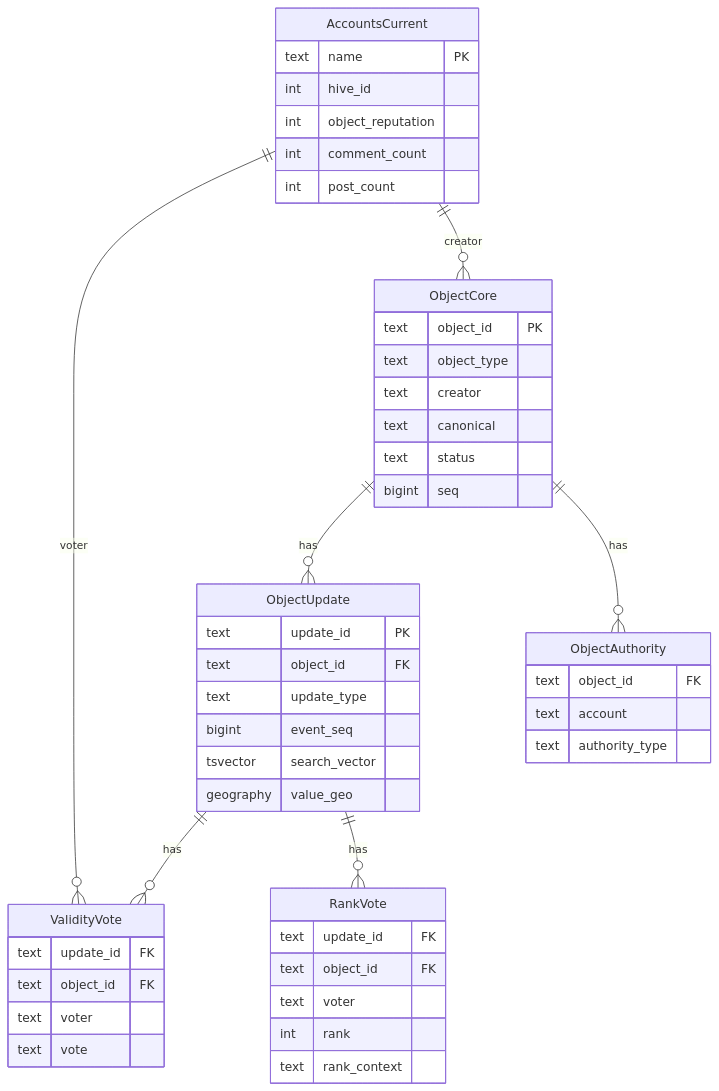
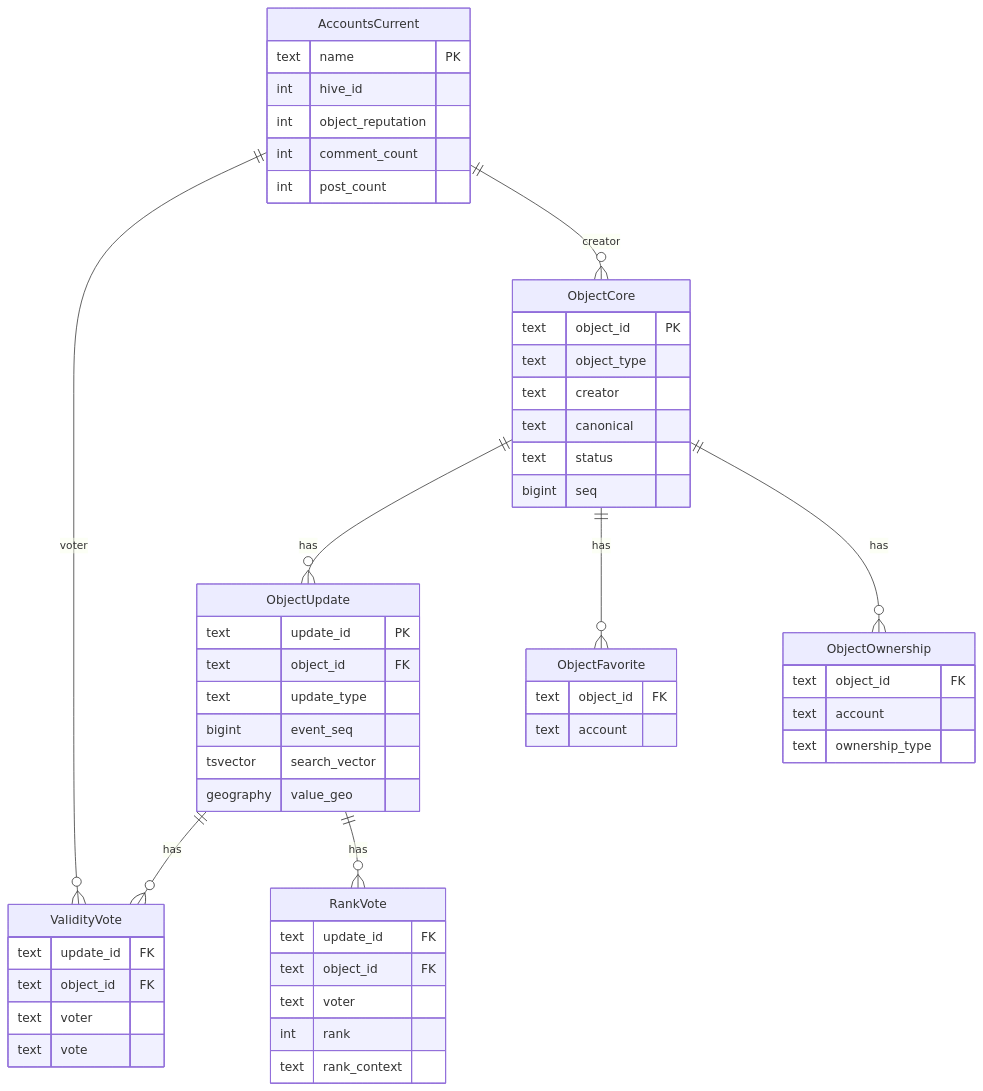
One commit to Fesmofet/open-data changed the first of 3 diagrams in docs/spec/data-model/flow.md. Above: the diagram before and after it, drawn with Mermaid. The commit also changed other lines of this file and 191 other files, not shown here.

Commit message:
refactor: Replace authority handling with favorite and ownership features; update related schemas, repositories, and event handling for improved object management

````diff
--- a/docs/spec/data-model/flow.md
+++ b/docs/spec/data-model/flow.md
@@ -52,57 +53,63 @@
 ```mermaid
 erDiagram
   ObjectCore ||--o{ ObjectUpdate : "has"
   ObjectUpdate ||--o{ ValidityVote : "has"
   ObjectUpdate ||--o{ RankVote : "has"
 
   ObjectCore {
     text object_id PK
     text object_type
     text creator
     text canonical
     text status
     bigint seq
   }
 
   ObjectUpdate {
     text update_id PK
     text object_id FK
     text update_type
     bigint event_seq
     tsvector search_vector
     geography value_geo
   }
 
   ValidityVote {
     text update_id FK
     text object_id FK
     text voter
     text vote
   }
 
   RankVote {
     text update_id FK
     text object_id FK
     text voter
     int rank
     text rank_context
   }
 
-  ObjectAuthority {
+  ObjectFavorite {
     text object_id FK
     text account
-    text authority_type
+  }
+
+  ObjectOwnership {
+    text object_id FK
+    text account
+    text ownership_type
   }
 
   AccountsCurrent {
     text name PK
     int hive_id
     int object_reputation
     int comment_count
     int post_count
   }
 
-  ObjectCore ||--o{ ObjectAuthority : "has"
+  ObjectCore ||--o{ ObjectFavorite : "has"
+  ObjectCore ||--o{ ObjectOwnership : "has"
   AccountsCurrent ||--o{ ValidityVote : "voter"
   AccountsCurrent ||--o{ ObjectCore : "creator"
 ```
````
